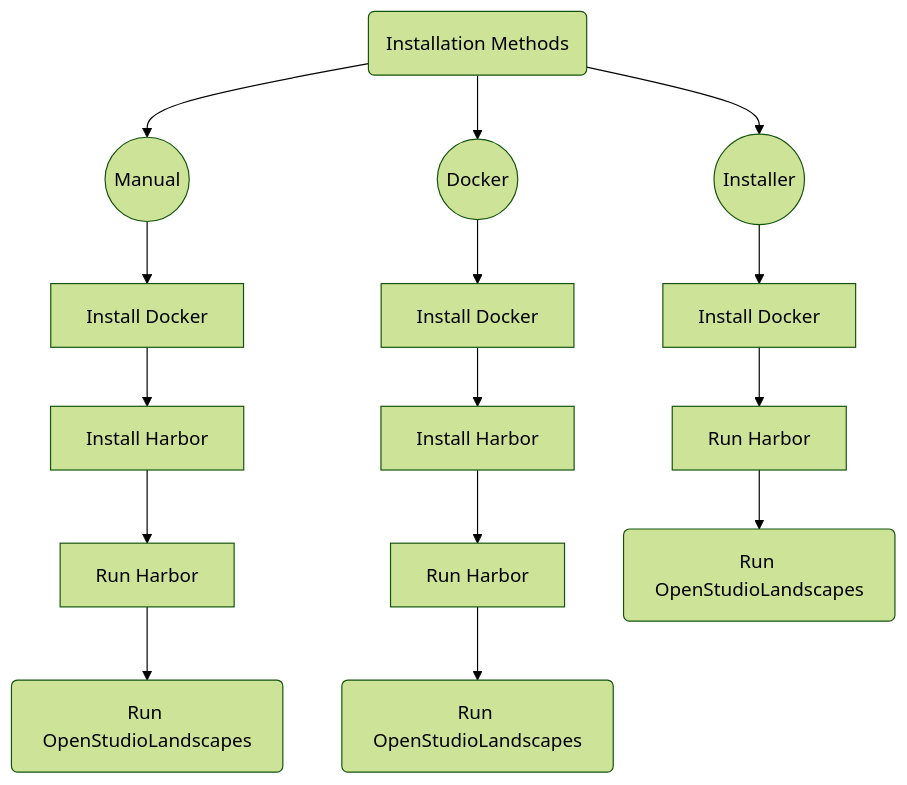
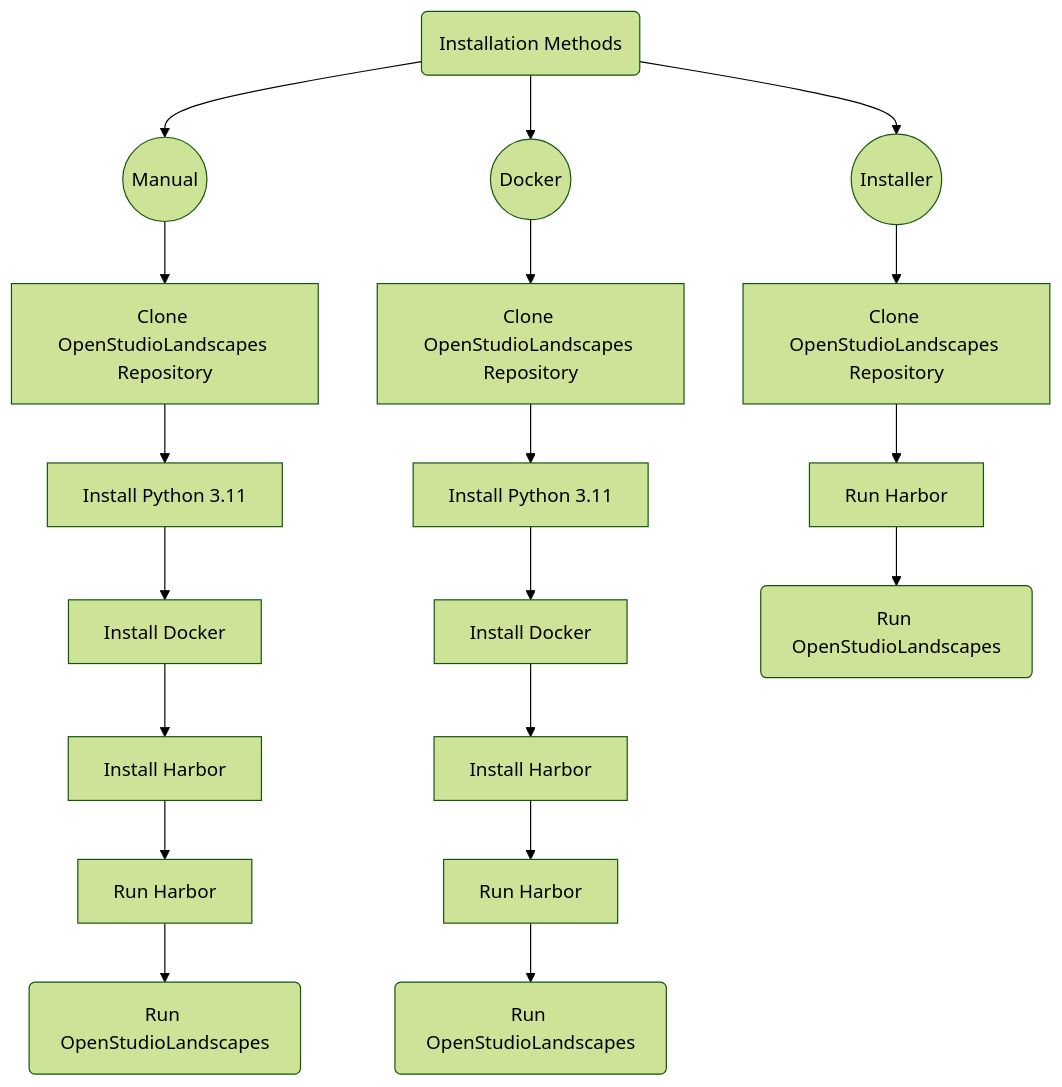
The diagram in wiki/installation/installation_methods.md (michimussato/OpenStudioLandscapes), drawn with Mermaid (forest theme) before and after one commit.

Commit message:
refactor

````diff
--- a/wiki/installation/installation_methods.md
+++ b/wiki/installation/installation_methods.md
@@ -11,49 +11,61 @@
 ```mermaid
 graph TB
     installation_methods(Installation Methods)
     manual((Manual))
     click manual href "https://github.com/michimussato/OpenStudioLandscapes/blob/main/wiki/installation/basic_installation.md#basic-installation"
     docker((Docker))
     click docker href "https://github.com/michimussato/OpenStudioLandscapes/blob/main/wiki/installation/basic_installation.md#install-docker"
     installer_script((Installer))
     click installer_script href "https://github.com/michimussato/OpenStudioLandscapes/blob/main/wiki/installation/basic_installation_from_script.md"
     installation_methods --> manual
     installation_methods --> docker
     installation_methods --> installer_script
+    
+    clone_repo_manual[Clone OpenStudioLandscapes Repository]
+    click clone_repo_manual href "https://github.com/michimussato/OpenStudioLandscapes/blob/main/wiki/installation/basic_installation.md#openstudiolandscapes"
+    clone_repo_docker[Clone OpenStudioLandscapes Repository]
+    click clone_repo_docker href "https://github.com/michimussato/OpenStudioLandscapes/blob/main/wiki/installation/basic_installation.md#openstudiolandscapes"
+    clone_repo_script[Clone OpenStudioLandscapes Repository]
+    click clone_repo_script href "https://github.com/michimussato/OpenStudioLandscapes/blob/main/wiki/installation/basic_installation.md#openstudiolandscapes"
+    
+    install_python_manual[Install Python 3.11]
+    click install_python_manual href "https://github.com/michimussato/OpenStudioLandscapes/blob/main/wiki/installation/basic_installation.md#install-python311"
+    install_python_docker[Install Python 3.11]
+    click install_python_docker href "https://github.com/michimussato/OpenStudioLandscapes/blob/main/wiki/installation/basic_installation.md#install-python311"
 
     install_docker_manual[Install Docker]
     click install_docker_manual href "https://github.com/michimussato/OpenStudioLandscapes/blob/main/wiki/installation/basic_installation.md#install-docker"
     install_docker_docker[Install Docker]
     click install_docker_docker href "https://github.com/michimussato/OpenStudioLandscapes/blob/main/wiki/installation/basic_installation.md#install-docker"
-    install_docker_script[Install Docker]
-    click install_docker_script href "https://github.com/michimussato/OpenStudioLandscapes/blob/main/wiki/installation/basic_installation.md#install-docker"
+    %% install_docker_script[Install Docker]
+    %% click install_docker_script href "https://github.com/michimussato/OpenStudioLandscapes/blob/main/wiki/installation/basic_installation.md#install-docker"
     
     install_harbor_manual[Install Harbor]
     click install_harbor_manual href "https://github.com/michimussato/OpenStudioLandscapes/blob/main/wiki/installation/basic_installation.md#harbor"
     install_harbor_docker[Install Harbor]
     click install_harbor_docker href "https://github.com/michimussato/OpenStudioLandscapes/blob/main/wiki/installation/basic_installation.md#harbor"
     %% install_harbor_script[Install Harbor]
     %% click install_harbor_script href "https://github.com/michimussato/OpenStudioLandscapes/blob/main/wiki/installation/basic_installation.md#harbor"
     
     run_harbor_manual[Run Harbor]
     click run_harbor_manual href "https://github.com/michimussato/OpenStudioLandscapes/blob/main/wiki/run/run_harbor.md#up"
     run_harbor_docker[Run Harbor]
     click run_harbor_docker href "https://github.com/michimussato/OpenStudioLandscapes/blob/main/wiki/run/run_harbor.md#up"
     run_harbor_script[Run Harbor]
     click run_harbor_script href "https://github.com/michimussato/OpenStudioLandscapes/blob/main/wiki/run/run_harbor.md#up"
     
     run_manual(Run OpenStudioLandscapes)
     %% click run_docker href ""
     run_docker(Run OpenStudioLandscapes)
     click run_docker href "https://github.com/michimussato/OpenStudioLandscapes/blob/main/wiki/run_openstudiolandscapes/from_docker_image.md"
     run_installer(Run OpenStudioLandscapes)
     %% click run_docker href ""
     
-    manual --> install_docker_manual --> install_harbor_manual 
+    manual --> clone_repo_manual --> install_python_manual --> install_docker_manual --> install_harbor_manual 
     install_harbor_manual --> run_harbor_manual --> run_manual
     
-    docker --> install_docker_docker --> install_harbor_docker
+    docker --> clone_repo_docker --> install_python_docker --> install_docker_docker --> install_harbor_docker
     install_harbor_docker --> run_harbor_docker --> run_docker
     
-    installer_script --> install_docker_script --> run_harbor_script --> run_installer
+    installer_script --> clone_repo_script --> run_harbor_script --> run_installer
 ```
````
